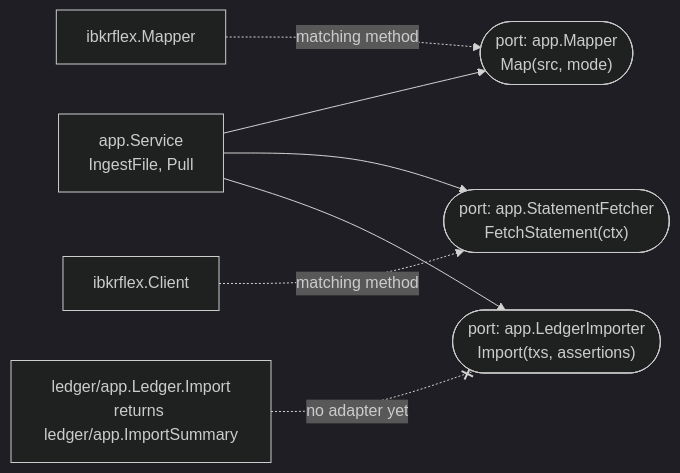
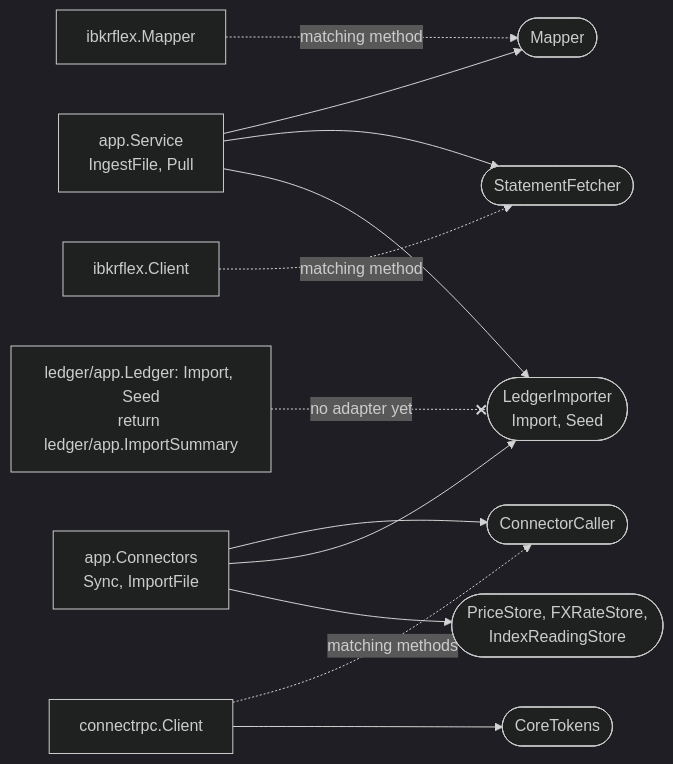
One commit to arkadiuss/openfief changed the second of 5 diagrams in docs/concepts/ingest.md. Above: the diagram before and after it, drawn with Mermaid (dark theme). The commit also changed other lines of this file and 5 other files, not shown here.

First line of the commit message:
docs: bring architecture and concept pages up to main

````diff
--- a/docs/concepts/ingest.md
+++ b/docs/concepts/ingest.md
@@ -99,16 +116,26 @@
 ```mermaid
 flowchart LR
   svc["app.Service<br/>IngestFile, Pull"]
-  mp(["port: app.Mapper<br/>Map(src, mode)"])
-  sf(["port: app.StatementFetcher<br/>FetchStatement(ctx)"])
-  li(["port: app.LedgerImporter<br/>Import(txs, assertions)"])
+  con["app.Connectors<br/>Sync, ImportFile"]
+  mp(["Mapper"])
+  sf(["StatementFetcher"])
+  cc(["ConnectorCaller"])
+  ct(["CoreTokens"])
+  li(["LedgerImporter<br/>Import, Seed"])
+  vs(["PriceStore, FXRateStore,<br/>IndexReadingStore"])
   fm["ibkrflex.Mapper"]
   fc["ibkrflex.Client"]
-  led["ledger/app.Ledger.Import<br/>returns ledger/app.ImportSummary"]
+  rc["connectrpc.Client"]
+  led["ledger/app.Ledger: Import, Seed<br/>return ledger/app.ImportSummary"]
   svc --> mp
   svc --> sf
   svc --> li
+  con --> cc
+  con --> li
+  con --> vs
   fm -. "matching method" .-> mp
   fc -. "matching method" .-> sf
+  rc -. "matching methods" .-> cc
+  rc --> ct
   led -. "no adapter yet" .-x li
 ```
````
